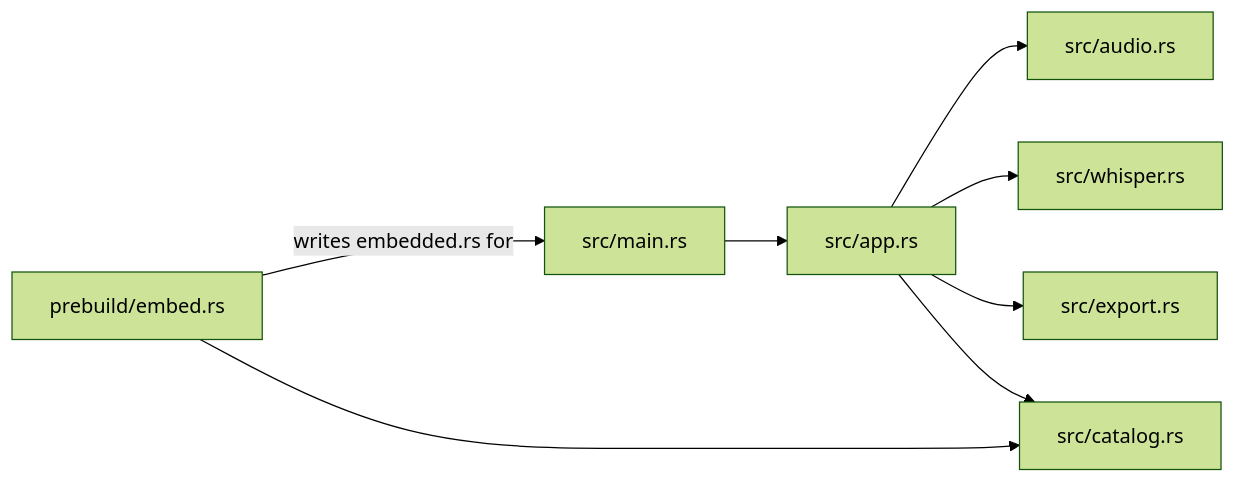
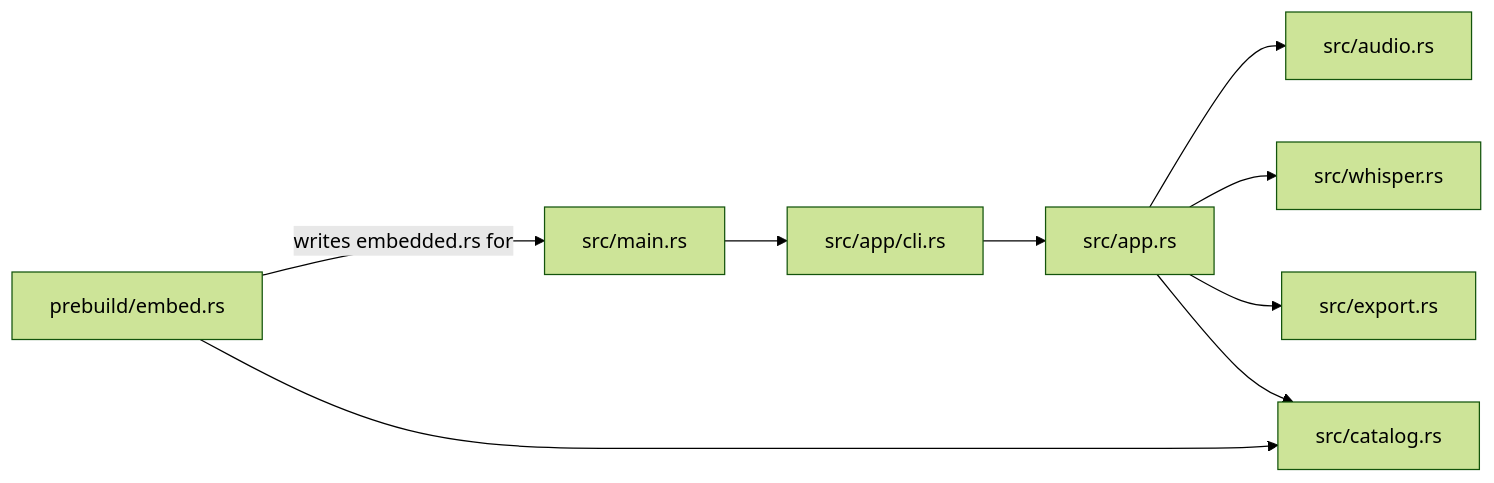
The diagram in documentation/MAINTAINER.md (cnordenb/speech-to-text), drawn with Mermaid (forest theme) before and after one commit. The commit also changed other lines of this file and 16 other files, not shown here.

````diff
--- a/documentation/MAINTAINER.md
+++ b/documentation/MAINTAINER.md
@@ -99,10 +113,11 @@
 ```mermaid
 flowchart LR
     embed["prebuild/embed.rs"] -->|writes embedded.rs for| main["src/main.rs"]
-    main --> app["src/app.rs"]
+    main --> cli["src/app/cli.rs"]
+    cli --> app["src/app.rs"]
     app --> audio["src/audio.rs"]
     app --> whisper["src/whisper.rs"]
     app --> export["src/export.rs"]
     app --> catalog["src/catalog.rs"]
     embed --> catalog
 ```
````
